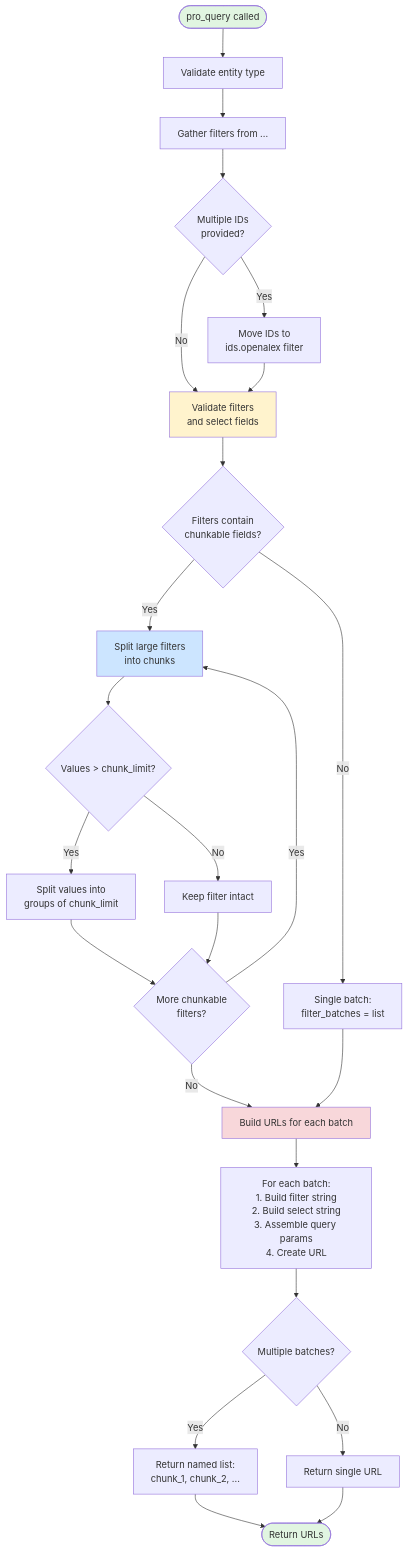
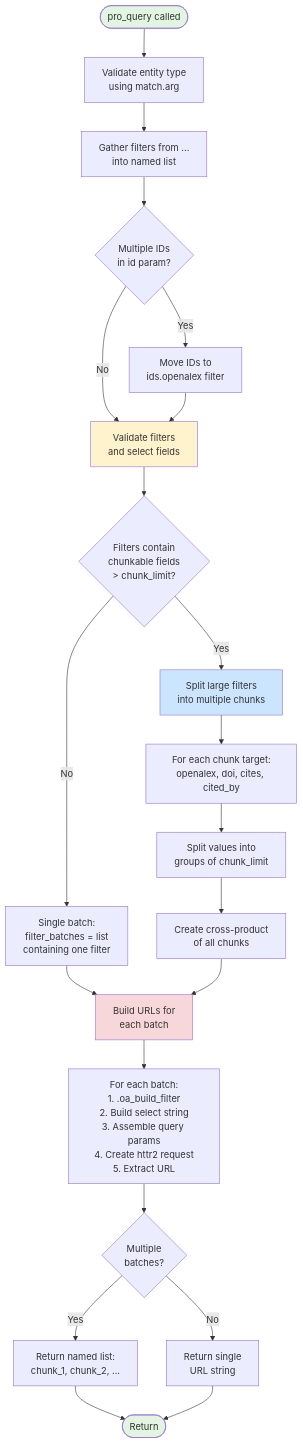
Before and after one commit to rkrug/openalexPro: the sixth of 12 diagrams in vignettes/pro_query.qmd, drawn with Mermaid. The commit also changed other lines of this file and 6 other files, not shown here.

````diff
--- a/vignettes/pro_query.qmd
+++ b/vignettes/pro_query.qmd
@@ -259,42 +707,38 @@
 ```{mermaid}
 flowchart TD
-    Start([pro_query called]) --> ValidateEntity[Validate entity type]
-    ValidateEntity --> GatherFilters[Gather filters from ...]
-    GatherFilters --> CheckMultipleID{Multiple IDs<br/>provided?}
+    Start([pro_query called]) --> ValidateEntity[Validate entity type<br/>using match.arg]
+    ValidateEntity --> GatherFilters[Gather filters from ...<br/>into named list]
+    GatherFilters --> CheckMultipleID{Multiple IDs<br/>in id param?}
 
     CheckMultipleID -->|Yes| MoveToFilter[Move IDs to<br/>ids.openalex filter]
     CheckMultipleID -->|No| ValidateInputs[Validate filters<br/>and select fields]
     MoveToFilter --> ValidateInputs
 
-    ValidateInputs --> CheckChunking{Filters contain<br/>chunkable fields?}
+    ValidateInputs --> CheckChunking{Filters contain<br/>chunkable fields<br/>> chunk_limit?}
 
-    CheckChunking -->|No| SingleBatch[Single batch:<br/>filter_batches = list]
-    CheckChunking -->|Yes| ChunkLoop[Split large filters<br/>into chunks]
+    CheckChunking -->|No| SingleBatch[Single batch:<br/>filter_batches = list<br/>containing one filter]
+    CheckChunking -->|Yes| ChunkLoop[Split large filters<br/>into multiple chunks]
 
-    ChunkLoop --> CheckSize{Values > chunk_limit?}
-    CheckSize -->|Yes| SplitValues[Split values into<br/>groups of chunk_limit]
-    CheckSize -->|No| KeepIntact[Keep filter intact]
+    ChunkLoop --> ProcessTargets[For each chunk target:<br/>openalex, doi, cites, cited_by]
+    ProcessTargets --> SplitValues[Split values into<br/>groups of chunk_limit]
+    SplitValues --> CreateBatches[Create cross-product<br/>of all chunks]
 
-    SplitValues --> NextFilter{More chunkable<br/>filters?}
-    KeepIntact --> NextFilter
-    NextFilter -->|Yes| ChunkLoop
-    NextFilter -->|No| BuildURLs
+    SingleBatch --> BuildURLs
+    CreateBatches --> BuildURLs[Build URLs for<br/>each batch]
 
-    SingleBatch --> BuildURLs[Build URLs for each batch]
+    BuildURLs --> ForEachBatch[For each batch:<br/>1. .oa_build_filter<br/>2. Build select string<br/>3. Assemble query params<br/>4. Create httr2 request<br/>5. Extract URL]
 
-    BuildURLs --> ForEachBatch[For each batch:<br/>1. Build filter string<br/>2. Build select string<br/>3. Assemble query params<br/>4. Create URL]
-
-    ForEachBatch --> CheckCount{Multiple batches?}
+    ForEachBatch --> CheckCount{Multiple<br/>batches?}
 
     CheckCount -->|Yes| ReturnList[Return named list:<br/>chunk_1, chunk_2, ...]
-    CheckCount -->|No| ReturnSingle[Return single URL]
+    CheckCount -->|No| ReturnSingle[Return single<br/>URL string]
 
-    ReturnList --> End([Return URLs])
+    ReturnList --> End([Return])
     ReturnSingle --> End
 
     style Start fill:#e1f5e1
     style End fill:#e1f5e1
     style ValidateInputs fill:#fff3cd
     style ChunkLoop fill:#cce5ff
     style BuildURLs fill:#f8d7da
 ```
````
